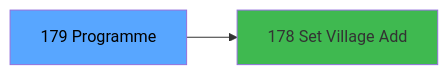
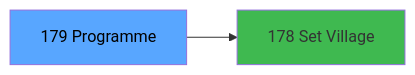
One commit to thonyAGP/magic-migration changed the third of 3 diagrams in .openspec/specs/ADH-IDE-179.md. Above: the diagram before and after it, drawn with Mermaid. The commit also changed other lines of this file and 323 other files, not shown here.

````diff
--- a/.openspec/specs/ADH-IDE-179.md
+++ b/.openspec/specs/ADH-IDE-179.md
@@ -135,8 +168,8 @@
 ```mermaid
 graph LR
     T[179 Programme]
-    C178[178 Set Village Add]
+    C178[178 Set Village ]
     T --> C178
     style T fill:#58a6ff,color:#000
     style C178 fill:#3fb950
 ```
````
